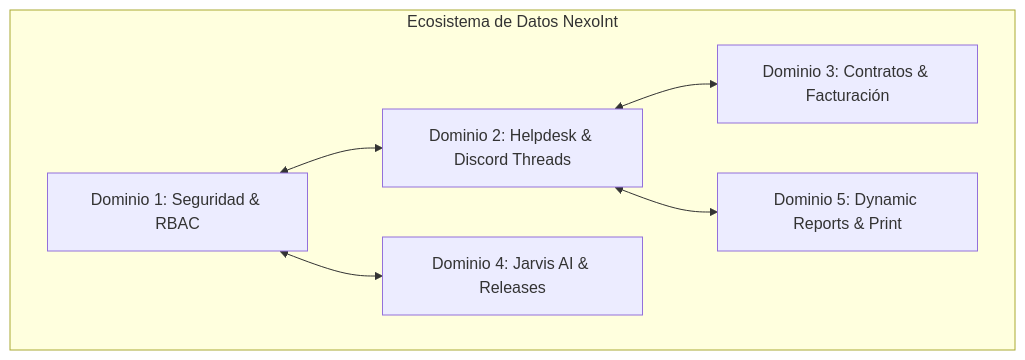
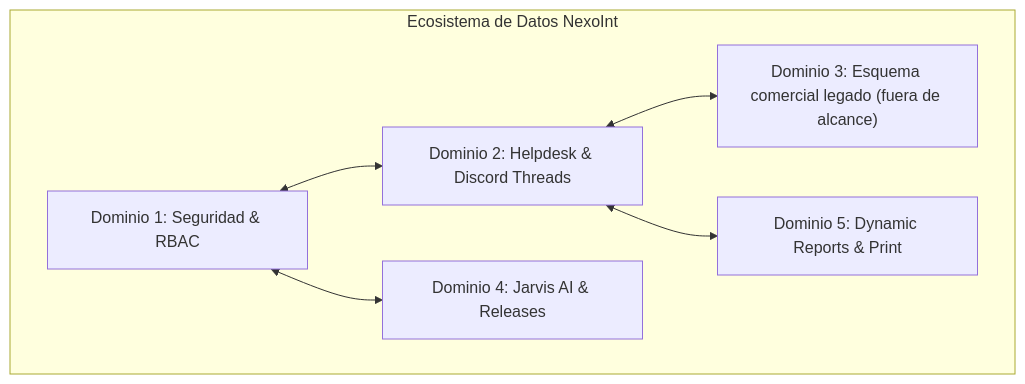
Before and after one commit to jesusalbujas/CONTROL-PST: the first of 6 diagrams in docs/database/README.md, drawn with Mermaid. The commit also changed other lines of this file and 9 other files, not shown here.

````diff
--- a/docs/database/README.md
+++ b/docs/database/README.md
@@ -38,15 +37,15 @@
 ```mermaid
 flowchart TD
     subgraph sub_Ecosistema_de_Datos_NexoInt ["Ecosistema de Datos NexoInt"]
         D1["Dominio 1: Seguridad & RBAC"]
         D2["Dominio 2: Helpdesk & Discord Threads"]
-        D3["Dominio 3: Contratos & Facturación"]
+        D3["Dominio 3: Esquema comercial legado (fuera de alcance)"]
         D4["Dominio 4: Jarvis AI & Releases"]
         D5["Dominio 5: Dynamic Reports & Print"]
     end
 
     D1 <--> D2
     D2 <--> D3
     D1 <--> D4
     D2 <--> D5
 ```
````
